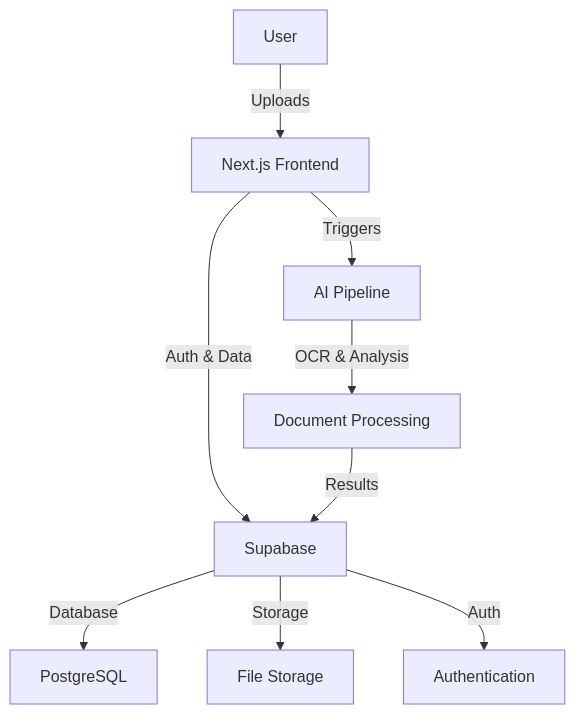
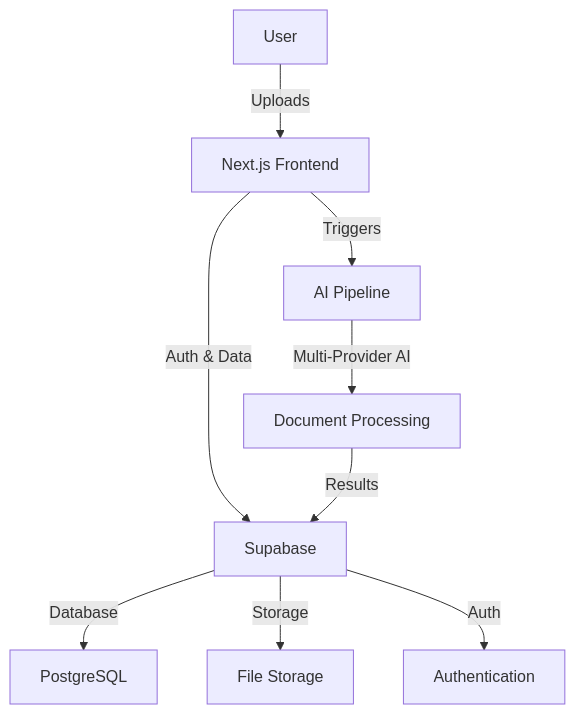
Before and after one commit to xavierjflanagan/Guardian: the diagram in docs/README.md, drawn with Mermaid. The commit also changed other lines of this file and 3 other files, not shown here.

First line of the commit message:
Update documentation to reflect OCR pipeline completion and multi-provider AI architecture

````diff
--- a/docs/README.md
+++ b/docs/README.md
@@ -58,11 +58,11 @@
 ```mermaid
 graph TD
     A[User] -->|Uploads| B[Next.js Frontend]
     B -->|Auth & Data| C[Supabase]
     C -->|Database| D[PostgreSQL]
     C -->|Storage| E[File Storage]
     C -->|Auth| F[Authentication]
     B -->|Triggers| G[AI Pipeline]
-    G -->|OCR & Analysis| H[Document Processing]
+    G -->|Multi-Provider AI| H[Document Processing]
     H -->|Results| C
 ```
````
